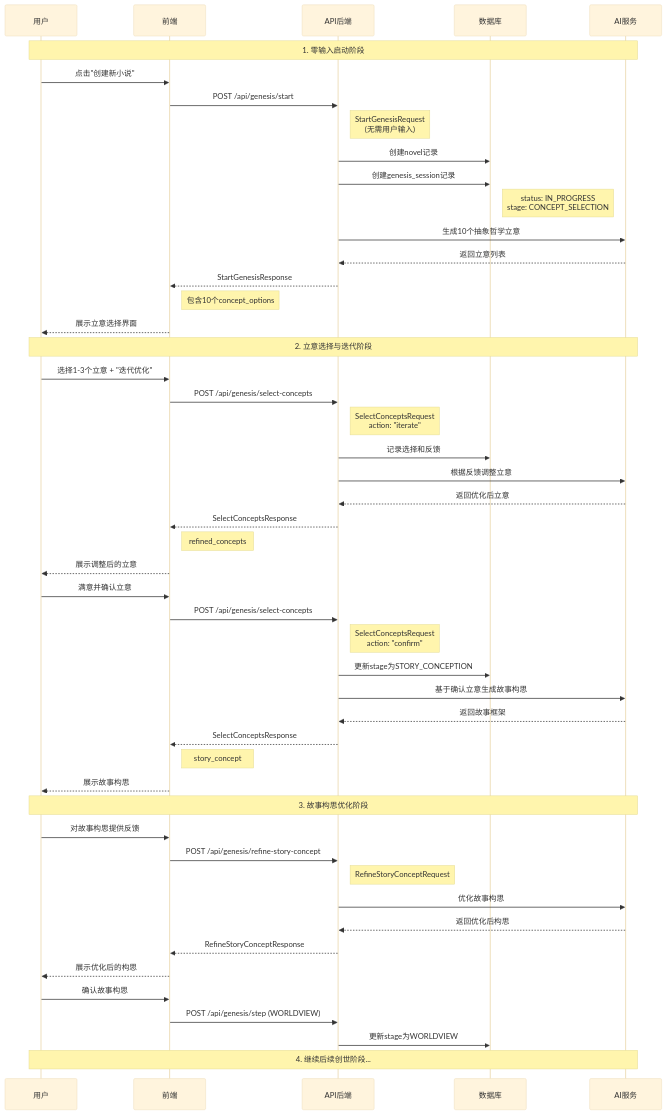
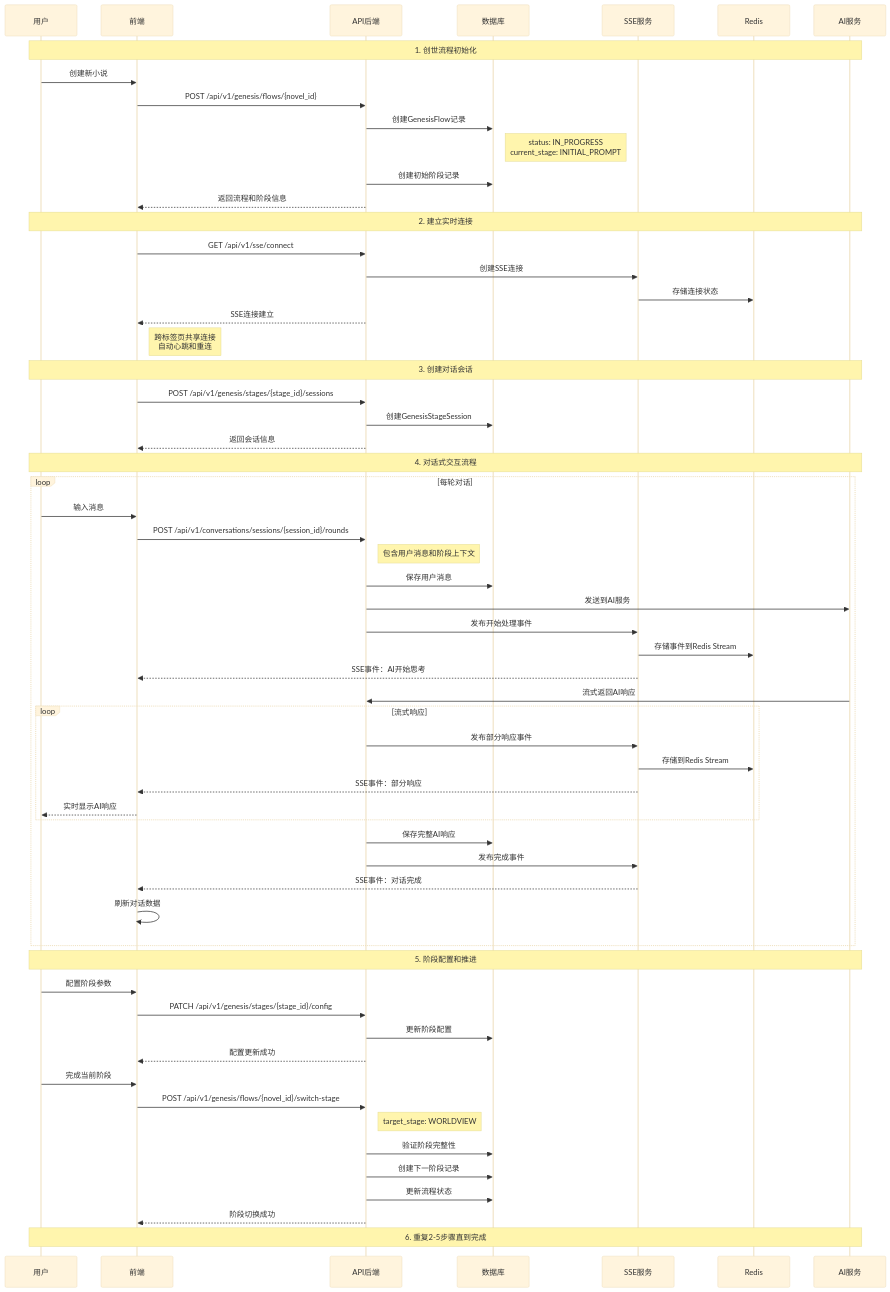
One commit to zhiyue/infinite-scribe changed the second of 6 diagrams in docs/design/workflows/GENESIS_FLOW_REDESIGN.md. Above: the diagram before and after it, drawn with Mermaid (base theme). The commit also changed other lines of this file, not shown here.

````diff
--- a/docs/design/workflows/GENESIS_FLOW_REDESIGN.md
+++ b/docs/design/workflows/GENESIS_FLOW_REDESIGN.md
@@ -84,61 +99,72 @@
 ```mermaid
 sequenceDiagram
     participant U as 用户
     participant F as 前端
     participant A as API后端
     participant D as 数据库
+    participant S as SSE服务
+    participant R as Redis
     participant AI as AI服务
 
-    Note over U,AI: 1. 零输入启动阶段
-    U->>F: 点击"创建新小说"
-    F->>A: POST /api/genesis/start
-    Note right of A: StartGenesisRequest<br/>(无需用户输入)
-    
-    A->>D: 创建novel记录
-    A->>D: 创建genesis_session记录
-    Note right of D: status: IN_PROGRESS<br/>stage: CONCEPT_SELECTION
-    
-    A->>AI: 生成10个抽象哲学立意
-    AI-->>A: 返回立意列表
-    A-->>F: StartGenesisResponse
-    Note right of F: 包含10个concept_options
-    F-->>U: 展示立意选择界面
+    Note over U,AI: 1. 创世流程初始化
+    U->>F: 创建新小说
+    F->>A: POST /api/v1/genesis/flows/{novel_id}
+    A->>D: 创建GenesisFlow记录
+    Note right of D: status: IN_PROGRESS<br/>current_stage: INITIAL_PROMPT
+    A->>D: 创建初始阶段记录
+    A-->>F: 返回流程和阶段信息
 
-    Note over U,AI: 2. 立意选择与迭代阶段
-    U->>F: 选择1-3个立意 + "迭代优化"
-    F->>A: POST /api/genesis/select-concepts
-    Note right of A: SelectConceptsRequest<br/>action: "iterate"
-    
-    A->>D: 记录选择和反馈
-    A->>AI: 根据反馈调整立意
-    AI-->>A: 返回优化后立意
-    A-->>F: SelectConceptsResponse
-    Note right of F: refined_concepts
-    F-->>U: 展示调整后的立意
+    Note over U,AI: 2. 建立实时连接
+    F->>A: GET /api/v1/sse/connect
+    A->>S: 创建SSE连接
+    S->>R: 存储连接状态
+    A-->>F: SSE连接建立
+    Note right of F: 跨标签页共享连接<br/>自动心跳和重连
 
-    U->>F: 满意并确认立意
-    F->>A: POST /api/genesis/select-concepts
-    Note right of A: SelectConceptsRequest<br/>action: "confirm"
-    
-    A->>D: 更新stage为STORY_CONCEPTION
-    A->>AI: 基于确认立意生成故事构思
-    AI-->>A: 返回故事框架
-    A-->>F: SelectConceptsResponse
-    Note right of F: story_concept
-    F-->>U: 展示故事构思
+    Note over U,AI: 3. 创建对话会话
+    F->>A: POST /api/v1/genesis/stages/{stage_id}/sessions
+    A->>D: 创建GenesisStageSession
+    A-->>F: 返回会话信息
 
-    Note over U,AI: 3. 故事构思优化阶段
-    U->>F: 对故事构思提供反馈
-    F->>A: POST /api/genesis/refine-story-concept
-    Note right of A: RefineStoryConceptRequest
-    
-    A->>AI: 优化故事构思
-    AI-->>A: 返回优化后构思
-    A-->>F: RefineStoryConceptResponse
-    F-->>U: 展示优化后的构思
+    Note over U,AI: 4. 对话式交互流程
+    loop 每轮对话
+        U->>F: 输入消息
+        F->>A: POST /api/v1/conversations/sessions/{session_id}/rounds
+        Note right of A: 包含用户消息和阶段上下文
 
-    U->>F: 确认故事构思
-    F->>A: POST /api/genesis/step (WORLDVIEW)
-    A->>D: 更新stage为WORLDVIEW
-    Note over U,AI: 4. 继续后续创世阶段...
+        A->>D: 保存用户消息
+        A->>AI: 发送到AI服务
+        A->>S: 发布开始处理事件
+        S->>R: 存储事件到Redis Stream
+        S-->>F: SSE事件：AI开始思考
+
+        AI->>A: 流式返回AI响应
+        loop 流式响应
+            A->>S: 发布部分响应事件
+            S->>R: 存储到Redis Stream
+            S-->>F: SSE事件：部分响应
+            F-->>U: 实时显示AI响应
+        end
+
+        A->>D: 保存完整AI响应
+        A->>S: 发布完成事件
+        S-->>F: SSE事件：对话完成
+        F->>F: 刷新对话数据
+    end
+
+    Note over U,AI: 5. 阶段配置和推进
+    U->>F: 配置阶段参数
+    F->>A: PATCH /api/v1/genesis/stages/{stage_id}/config
+    A->>D: 更新阶段配置
+    A-->>F: 配置更新成功
+
+    U->>F: 完成当前阶段
+    F->>A: POST /api/v1/genesis/flows/{novel_id}/switch-stage
+    Note right of A: target_stage: WORLDVIEW
+    A->>D: 验证阶段完整性
+    A->>D: 创建下一阶段记录
+    A->>D: 更新流程状态
+    A-->>F: 阶段切换成功
+
+    Note over U,AI: 6. 重复2-5步骤直到完成
 ```
````
